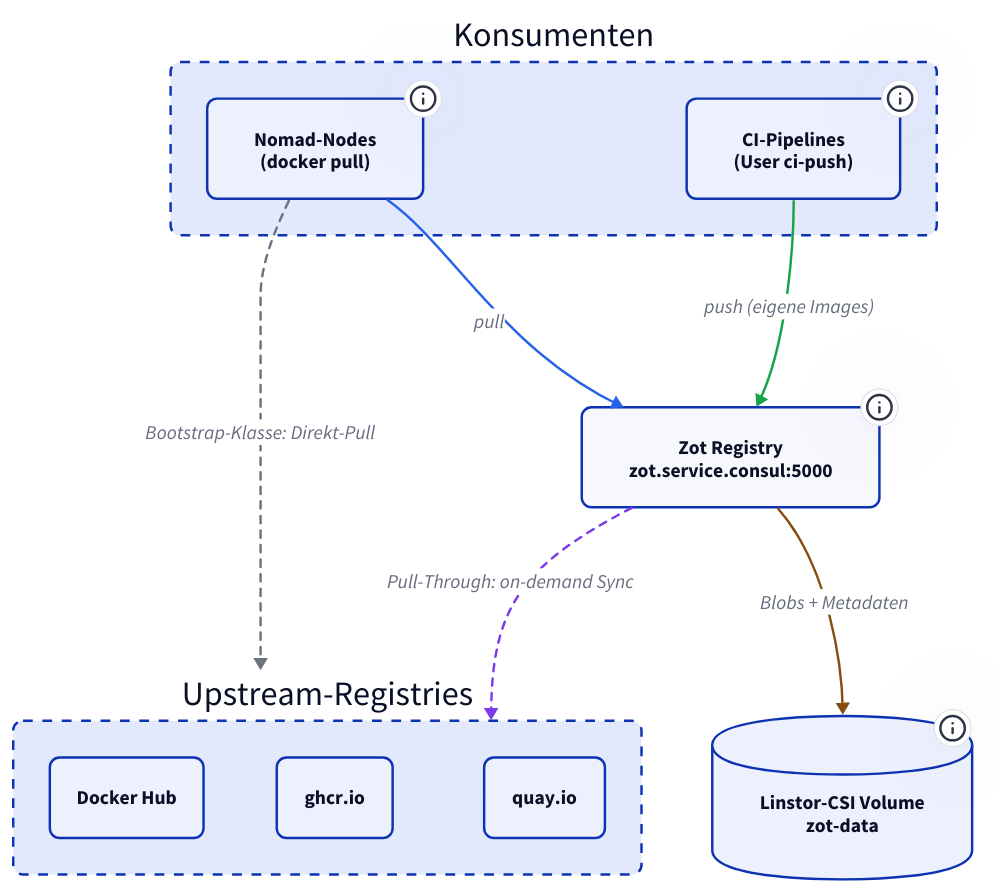
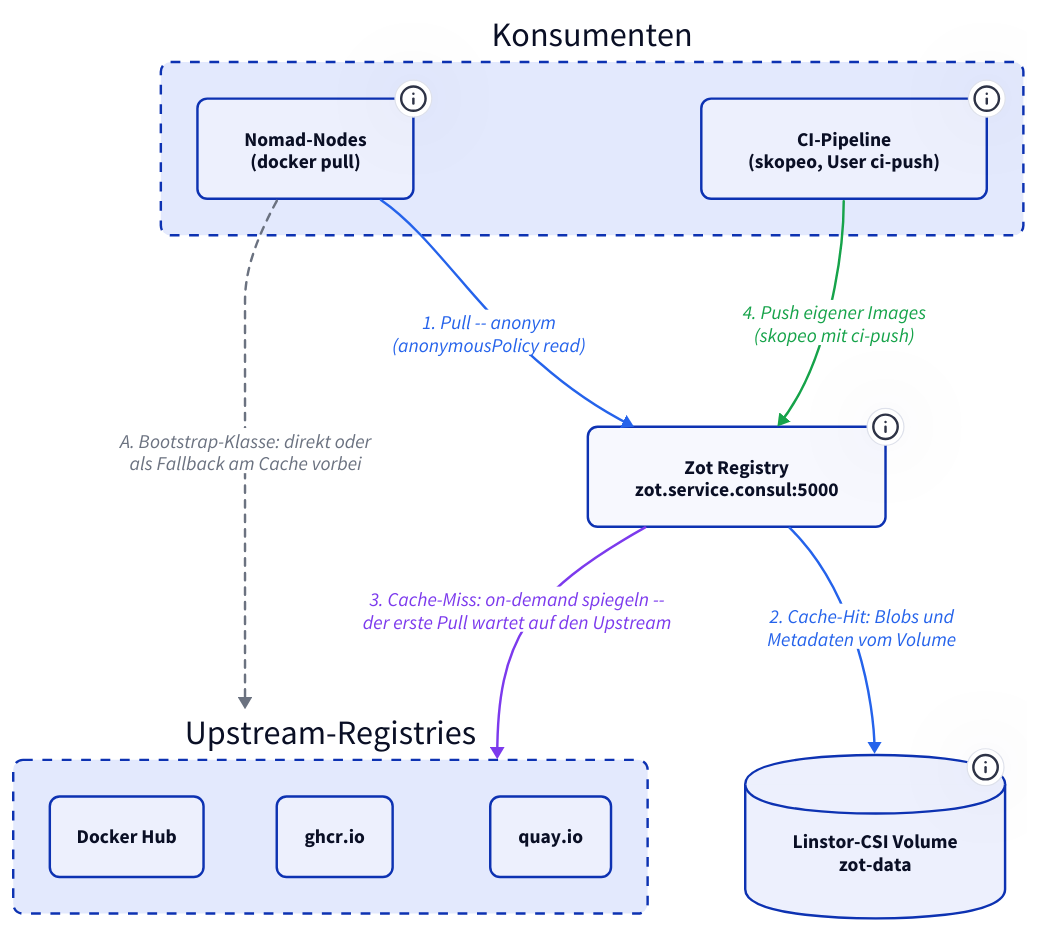
The diagram in docs/plattform/docker-registry/index.md (derever-labs/homelab-wiki), drawn with D2 before and after one commit. The commit also changed other lines of this file and 2 other files, not shown here.

````diff
--- a/docs/plattform/docker-registry/index.md
+++ b/docs/plattform/docker-registry/index.md
@@ -44,52 +47,49 @@
 ```d2
 direction: down
 
 classes: {
   node: { style: { border-radius: 8 } }
   container: { style: { border-radius: 8; stroke-dash: 4 } }
+  pull: { style: { stroke: "#2563eb"; font-color: "#2563eb" } }
+  sync: { style: { stroke: "#7c3aed"; font-color: "#7c3aed" } }
+  push: { style: { stroke: "#16a34a"; font-color: "#16a34a" } }
+  neben: { style: { stroke: "#6b7280"; stroke-dash: 3; font-color: "#6b7280" } }
 }
 
 Consumers: Konsumenten {
   class: container
 
   Nodes: "Nomad-Nodes\n(docker pull)" {
     class: node
-    tooltip: "Job-Files referenzieren zot.service.consul:5000 explizit | daemon.json registry-mirrors nur als Fallback für Kurz-Referenzen"
+    tooltip: "Job-Files referenzieren zot.service.consul:5000 explizit -- daemon.json registry-mirrors nur als Fallback für Kurz-Referenzen"
   }
-  CI: "CI-Pipelines\n(User ci-push)" {
+  CI: "CI-Pipeline\n(skopeo, User ci-push)" {
     class: node
-    tooltip: "GitHub Actions -- einziger autorisierter Push-Pfad"
+    tooltip: "GitHub-Workflow app-build-deploy.yml -- holt das ci-push-Passwort zur Laufzeit aus Vault"
   }
 }
 
 Zot: "Zot Registry\nzot.service.consul:5000" {
   class: node
-  tooltip: "Nomad Service Job, 1 Alloc | htpasswd-Auth, anonymes Lesen erlaubt | BoltDB embedded"
+  tooltip: "Nomad Service Job, 1 Alloc auf client-04/05/06 -- BoltDB embedded, entscheidet pro Request über Cache-Hit oder Upstream-Sync"
 }
 
 Volume: "Linstor-CSI Volume\nzot-data" {
   shape: cylinder
-  tooltip: "DRBD 3-Replica -- Blobs und BoltDB MetaDB, folgt dem Alloc via CSI"
+  tooltip: "DRBD-repliziert auf beiden Storage-Nodes, client-04 diskless -- Blobs und BoltDB MetaDB folgen dem Alloc via CSI"
 }
 
 Upstream: Upstream-Registries {
   class: container
 
   Hub: Docker Hub { class: node }
   GHCR: ghcr.io { class: node }
   Quay: quay.io { class: node }
 }
 
-Consumers.Nodes -> Zot: "pull" { style.stroke: "#2563eb" }
-Consumers.CI -> Zot: "push (eigene Images)" { style.stroke: "#16a34a" }
-Zot -> Volume: "Blobs + Metadaten" { style.stroke: "#854d0e" }
-Zot -> Upstream: "Pull-Through: on-demand Sync" {
-  style.stroke: "#7c3aed"
-  style.stroke-dash: 3
-}
-Consumers.Nodes -> Upstream: "Bootstrap-Klasse: Direkt-Pull" {
-  style.stroke: "#6b7280"
-  style.stroke-dash: 3
-  tooltip: "ZOT, Keep und Uptime-Kuma pullen bewusst am Cache vorbei, um bei Zot-Ausfall startfähig zu bleiben"
-}
+Consumers.Nodes -> Zot: "1. Pull -- anonym\n(anonymousPolicy read)" { class: pull }
+Zot -> Volume: "2. Cache-Hit: Blobs und\nMetadaten vom Volume" { class: pull }
+Zot -> Upstream: "3. Cache-Miss: on-demand spiegeln --\nder erste Pull wartet auf den Upstream" { class: sync }
+Consumers.CI -> Zot: "4. Push eigener Images\n(skopeo mit ci-push)" { class: push }
+Consumers.Nodes -> Upstream: "A. Bootstrap-Klasse: direkt oder\nals Fallback am Cache vorbei" { class: neben }
 ```
````
